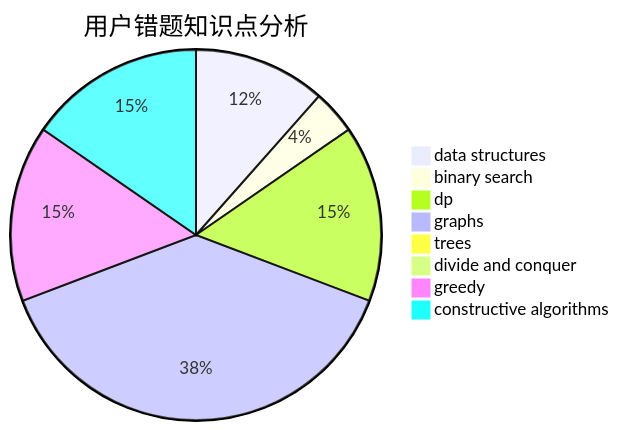
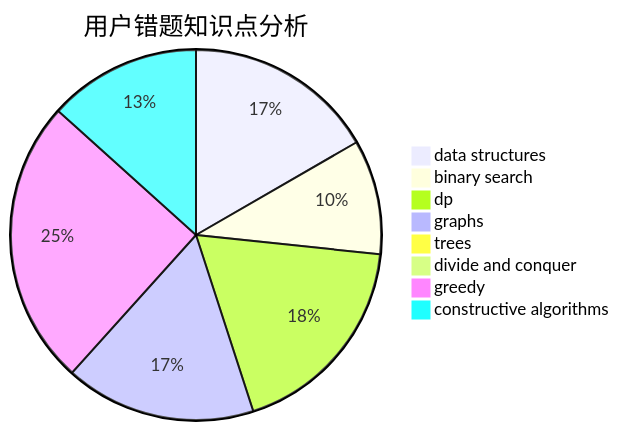
One commit to sherpahu/cfrs.github.io changed the third of 3 diagrams in docs/user/u851.md. Above: the diagram before and after it, drawn with Mermaid. The commit also changed other lines of this file and 2770 other files, not shown here.

````diff
--- a/docs/user/u851.md
+++ b/docs/user/u851.md
@@ -36,11 +36,11 @@
 ```mermaid
 pie title 用户错题知识点分析
-    "data structures" :  3
-    "binary search" :  1
-    "dp" :  4
+    "data structures" :  10
+    "binary search" :  6
+    "dp" :  11
     "graphs" :  10
     "trees" :  0
     "divide and conquer" :  0
-    "greedy" :  4
-    "constructive algorithms" :  4
+    "greedy" :  15
+    "constructive algorithms" :  8
 ```
````
